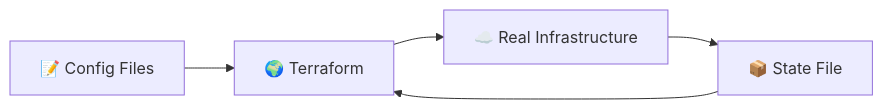
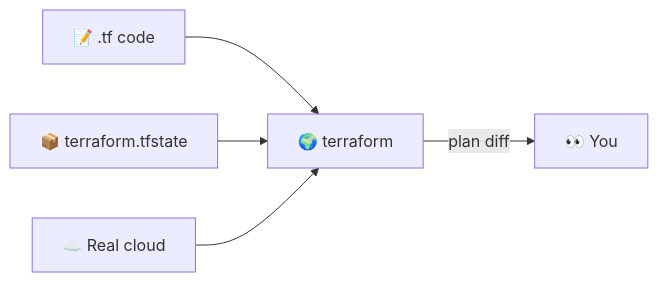
One commit to inno-devops-labs/DevOps-Core-Course changed the sixth of 7 diagrams in lectures/lec4.md. Above: the diagram before and after it, drawn with Mermaid. The commit also changed other lines of this file and 24 other files, not shown here.

````diff
--- a/lectures/lec4.md
+++ b/lectures/lec4.md
@@ -523,7 +268,7 @@
 ```mermaid
 flowchart LR
-  Config[📝 Config Files] --> TF[🌍 Terraform]
-  State[📦 State File] --> TF
-  TF --> Cloud[☁️ Real Infrastructure]
-  Cloud --> State
+  Code[📝 .tf code] --> TF[🌍 terraform]
+  State[📦 terraform.tfstate] --> TF
+  Cloud[☁️ Real cloud] --> TF
+  TF -->|plan diff| You[👀 You]
 ```
````
